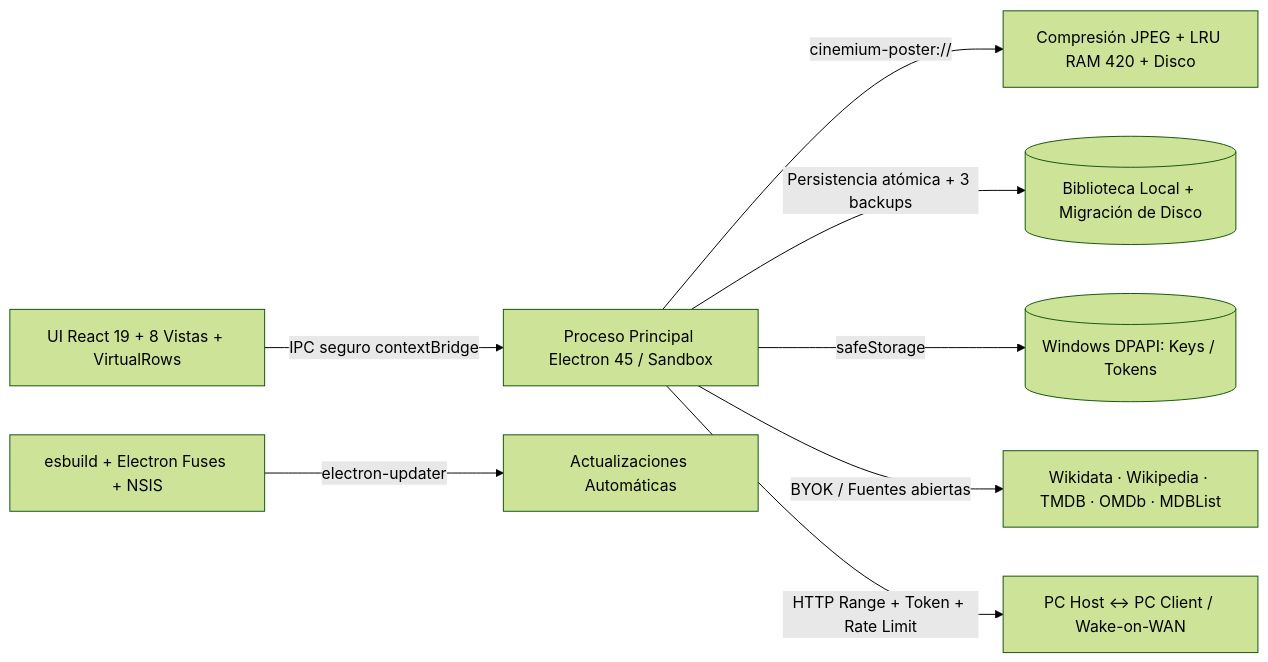
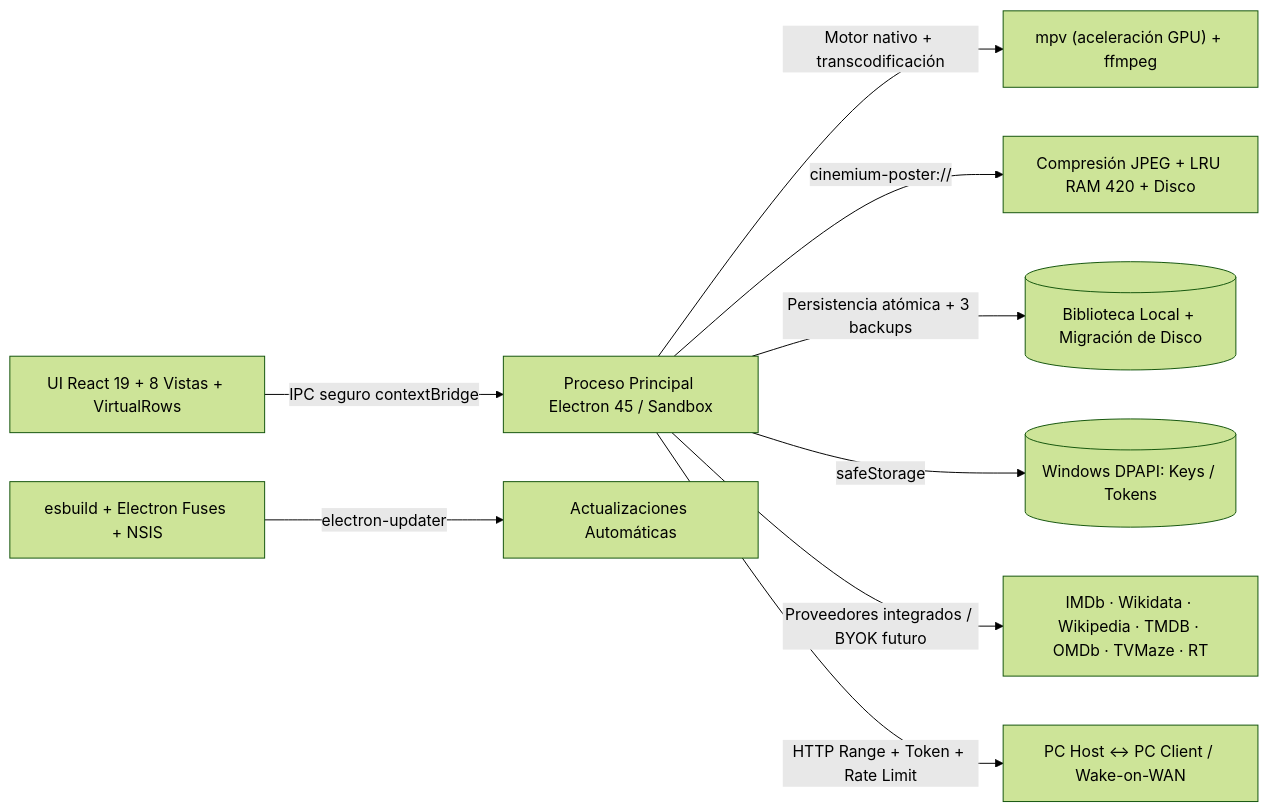
Before and after one commit to joaquindiazstefani00/cinemium-showcase: the diagram in README.md, drawn with Mermaid (forest theme). The commit also changed other lines of this file, not shown here.

````diff
--- a/README.md
+++ b/README.md
@@ -26,10 +26,11 @@
 ```mermaid
 flowchart LR
-  UI[UI React 19 + 8 Vistas + VirtualRows] -->|IPC seguro contextBridge| Main[Proceso Principal Electron 45 / Sandbox]
-  Main -->|cinemium-poster://| Cache[Compresión JPEG + LRU RAM 420 + Disco]
-  Main -->|Persistencia atómica + 3 backups| Data[(Biblioteca Local + Migración de Disco)]
-  Main -->|safeStorage| DPAPI[(Windows DPAPI: Keys / Tokens)]
-  Main -->|BYOK / Fuentes abiertas| Meta[Wikidata · Wikipedia · TMDB · OMDb · MDBList]
-  Main -->|HTTP Range + Token + Rate Limit| Stream[PC Host <-> PC Client / Wake-on-WAN]
-  Build[esbuild + Electron Fuses + NSIS] -->|electron-updater| Rel[Actualizaciones Automáticas]
+  UI["UI React 19 + 8 Vistas + VirtualRows"] -->|IPC seguro contextBridge| Main["Proceso Principal Electron 45 / Sandbox"]
+  Main -->|Motor nativo + transcodificación| Player["mpv (aceleración GPU) + ffmpeg"]
+  Main -->|cinemium-poster://| Cache["Compresión JPEG + LRU RAM 420 + Disco"]
+  Main -->|Persistencia atómica + 3 backups| Data[("Biblioteca Local + Migración de Disco")]
+  Main -->|safeStorage| DPAPI[("Windows DPAPI: Keys / Tokens")]
+  Main -->|Proveedores integrados / BYOK futuro| Meta["IMDb · Wikidata · Wikipedia · TMDB · OMDb · TVMaze · RT"]
+  Main -->|HTTP Range + Token + Rate Limit| Stream["PC Host <-> PC Client / Wake-on-WAN"]
+  Build["esbuild + Electron Fuses + NSIS"] -->|electron-updater| Rel["Actualizaciones Automáticas"]
 ```
````
